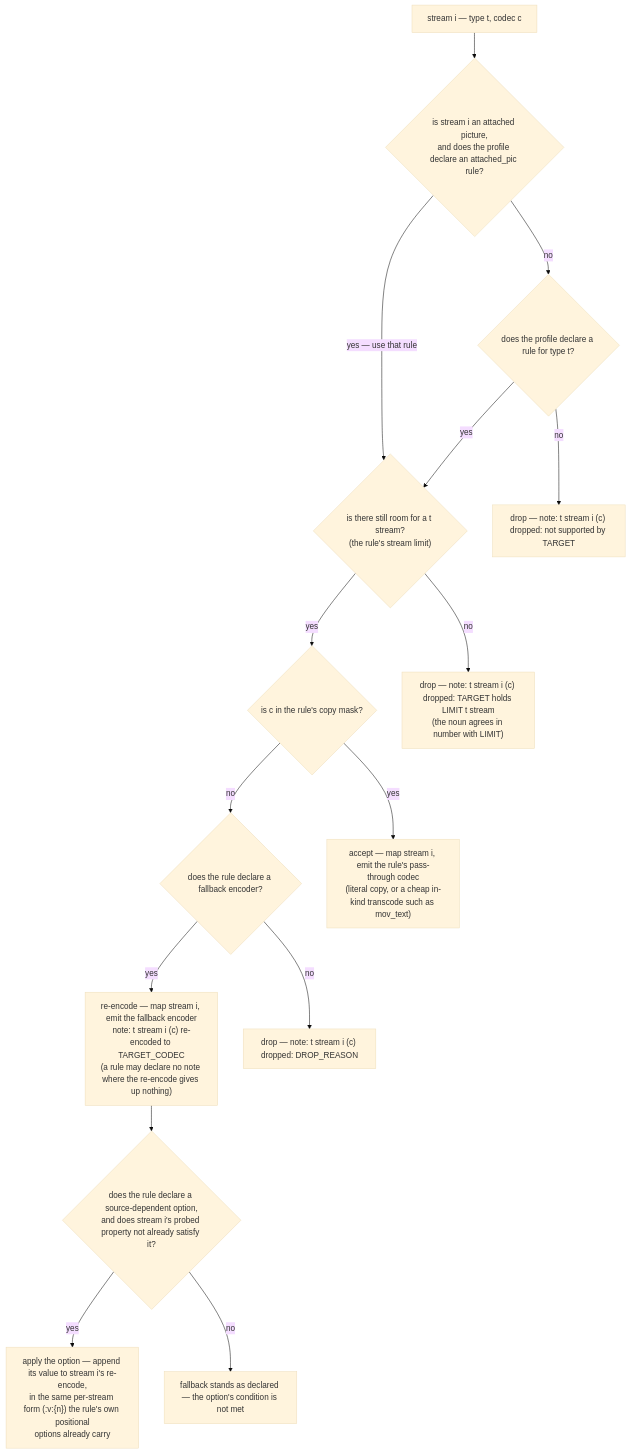
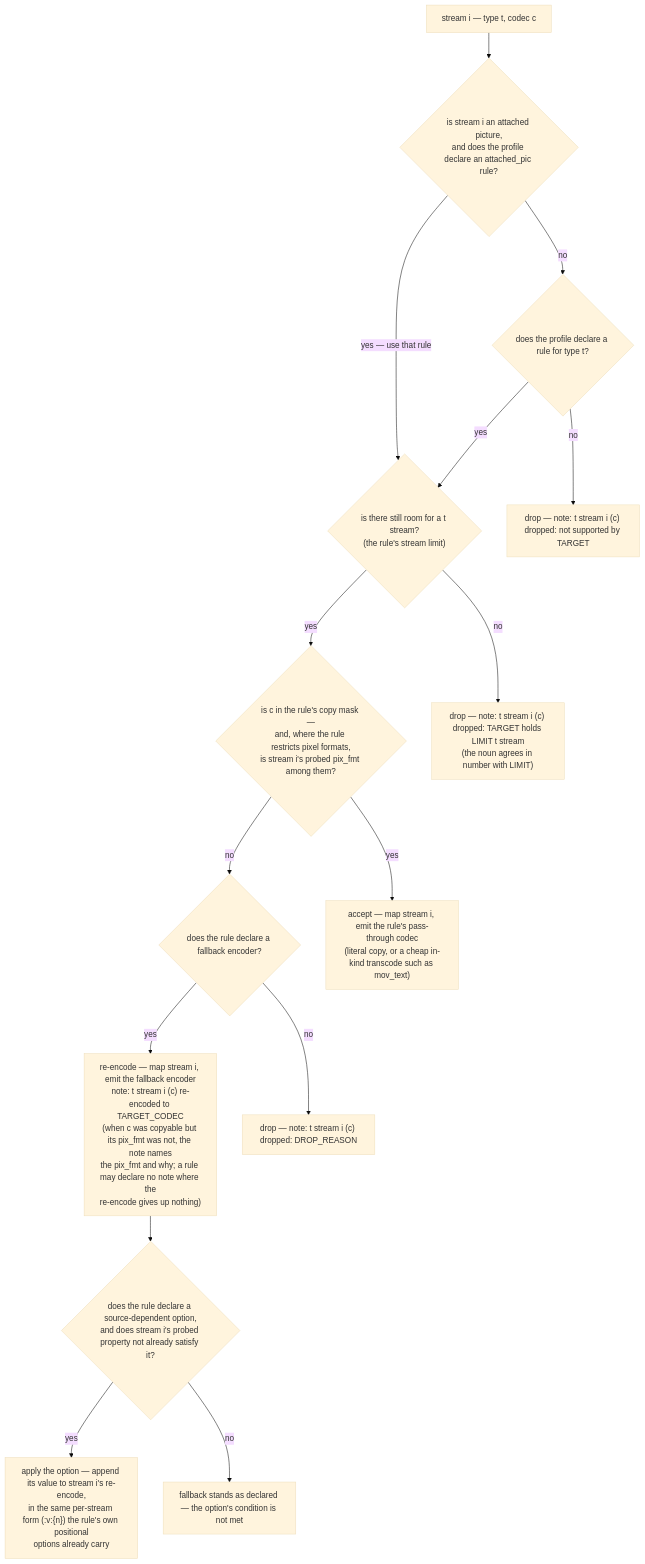
One commit to bhemsen/converter changed the diagram in docs/design/stream-decision.md. Above: the diagram before and after it, drawn with Mermaid (base theme). The commit also changed 6 other files, not shown here.

First line of the commit message:
docs(spec): a browser-playable --to web target (roadmap phase 13) (#162)

````diff
--- a/docs/design/stream-decision.md
+++ b/docs/design/stream-decision.md
@@ -22,32 +22,32 @@
 ```mermaid
 flowchart TD
     S["stream i — type t, codec c"]
     PIC{"is stream i an attached picture,<br/>and does the profile declare an attached_pic rule?"}
     T{"does the profile declare a rule for type t?"}
     ROOM{"is there still room for a t stream?<br/>(the rule's stream limit)"}
-    MASK{"is c in the rule's copy mask?"}
+    MASK{"is c in the rule's copy mask —<br/>and, where the rule restricts pixel formats,<br/>is stream i's probed pix_fmt among them?"}
     ENC{"does the rule declare a fallback encoder?"}
     COPY["accept — map stream i, emit the rule's pass-through codec<br/>(literal copy, or a cheap in-kind transcode such as mov_text)"]
-    REENC["re-encode — map stream i, emit the fallback encoder<br/>note: t stream i (c) re-encoded to TARGET_CODEC<br/>(a rule may declare no note where the re-encode gives up nothing)"]
+    REENC["re-encode — map stream i, emit the fallback encoder<br/>note: t stream i (c) re-encoded to TARGET_CODEC<br/>(when c was copyable but its pix_fmt was not, the note names<br/>the pix_fmt and why; a rule may declare no note where the<br/>re-encode gives up nothing)"]
     OPT{"does the rule declare a source-dependent option,<br/>and does stream i's probed property not already satisfy it?"}
     OVERRIDE["apply the option — append its value to stream i's re-encode,<br/>in the same per-stream form (:v:{n}) the rule's own positional<br/>options already carry"]
     STAND["fallback stands as declared — the option's condition is not met"]
     D1["drop — note: t stream i (c) dropped: not supported by TARGET"]
     D2["drop — note: t stream i (c) dropped: TARGET holds LIMIT t stream<br/>(the noun agrees in number with LIMIT)"]
     D3["drop — note: t stream i (c) dropped: DROP_REASON"]
 
     S --> PIC
     PIC -->|"yes — use that rule"| ROOM
     PIC -->|"no"| T
     T -->|"no"| D1
     T -->|"yes"| ROOM
     ROOM -->|"no"| D2
     ROOM -->|"yes"| MASK
     MASK -->|"yes"| COPY
     MASK -->|"no"| ENC
     ENC -->|"yes"| REENC
     ENC -->|"no"| D3
     REENC --> OPT
     OPT -->|"yes"| OVERRIDE
     OPT -->|"no"| STAND
 ```
````
